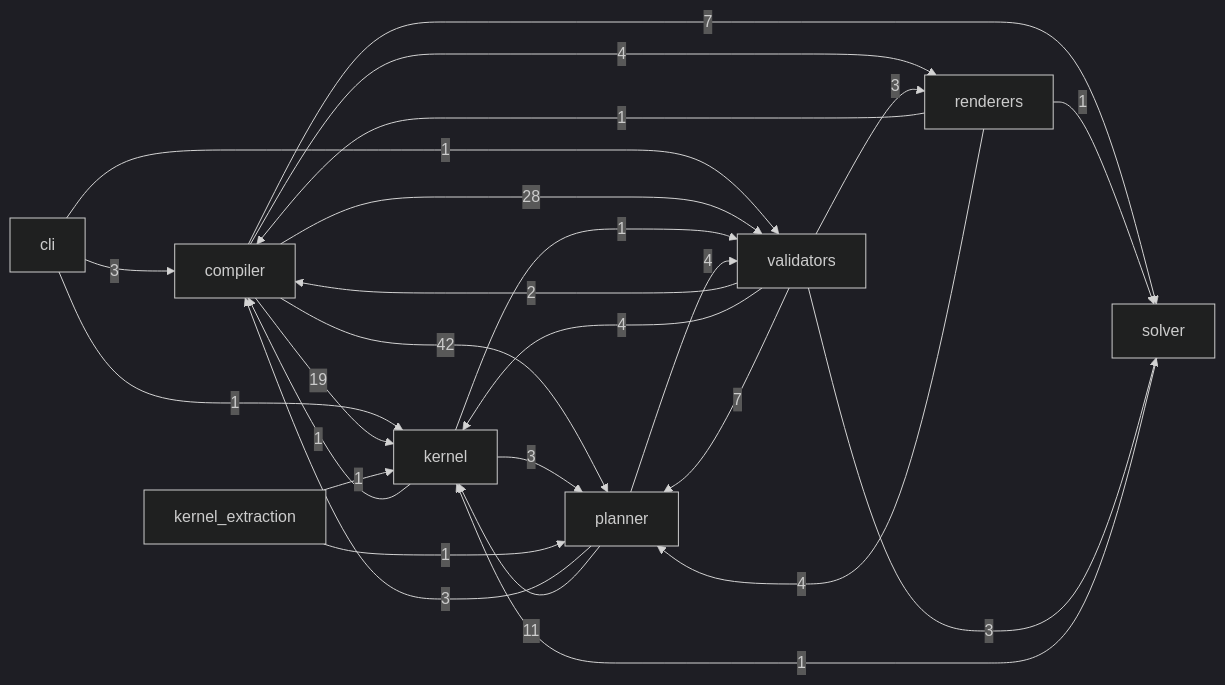
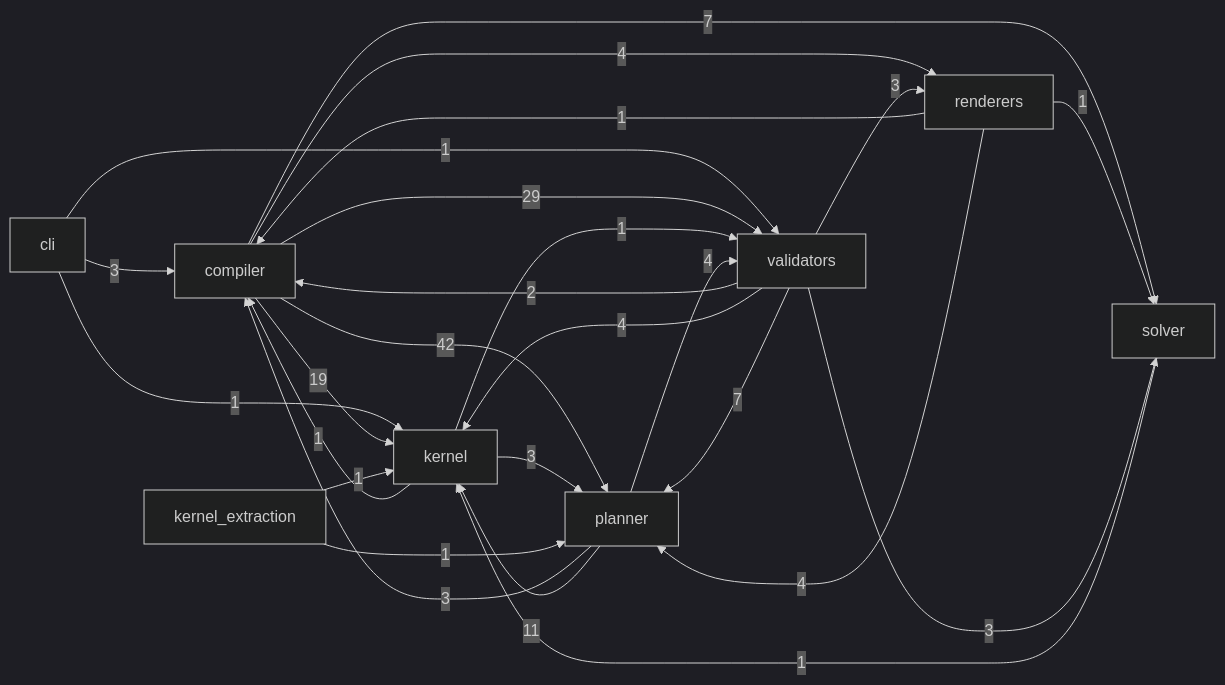
Before and after one commit to Kingsley-Cyber/cinematic-compiler-core: the diagram in docs/reference/code.md, drawn with Mermaid (dark theme). The commit also changed other lines of this file and 43 other files, not shown here.

````diff
--- a/docs/reference/code.md
+++ b/docs/reference/code.md
@@ -15,28 +15,28 @@
 ```mermaid
 flowchart LR
   cli -->|3| compiler
   cli -->|1| kernel
   cli -->|1| validators
   compiler -->|19| kernel
   compiler -->|42| planner
   compiler -->|4| renderers
   compiler -->|7| solver
-  compiler -->|28| validators
+  compiler -->|29| validators
   kernel -->|1| compiler
   kernel -->|3| planner
   kernel -->|1| validators
   kernel_extraction -->|1| kernel
   kernel_extraction -->|1| planner
   planner -->|3| compiler
   planner -->|11| kernel
   planner -->|4| validators
   renderers -->|1| compiler
   renderers -->|4| planner
   renderers -->|1| solver
   solver -->|1| kernel
   validators -->|2| compiler
   validators -->|4| kernel
   validators -->|7| planner
   validators -->|3| renderers
   validators -->|3| solver
 ```
````
